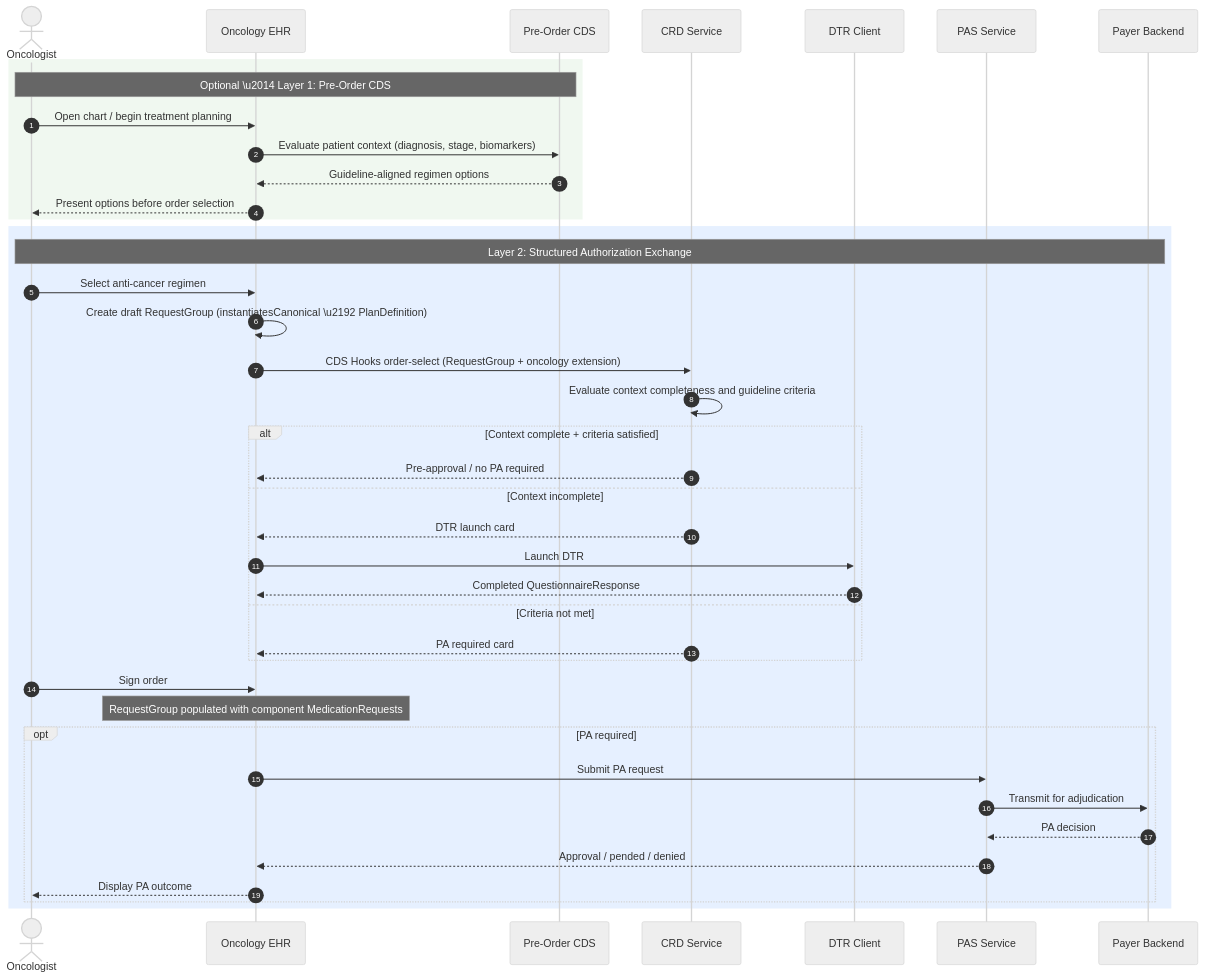
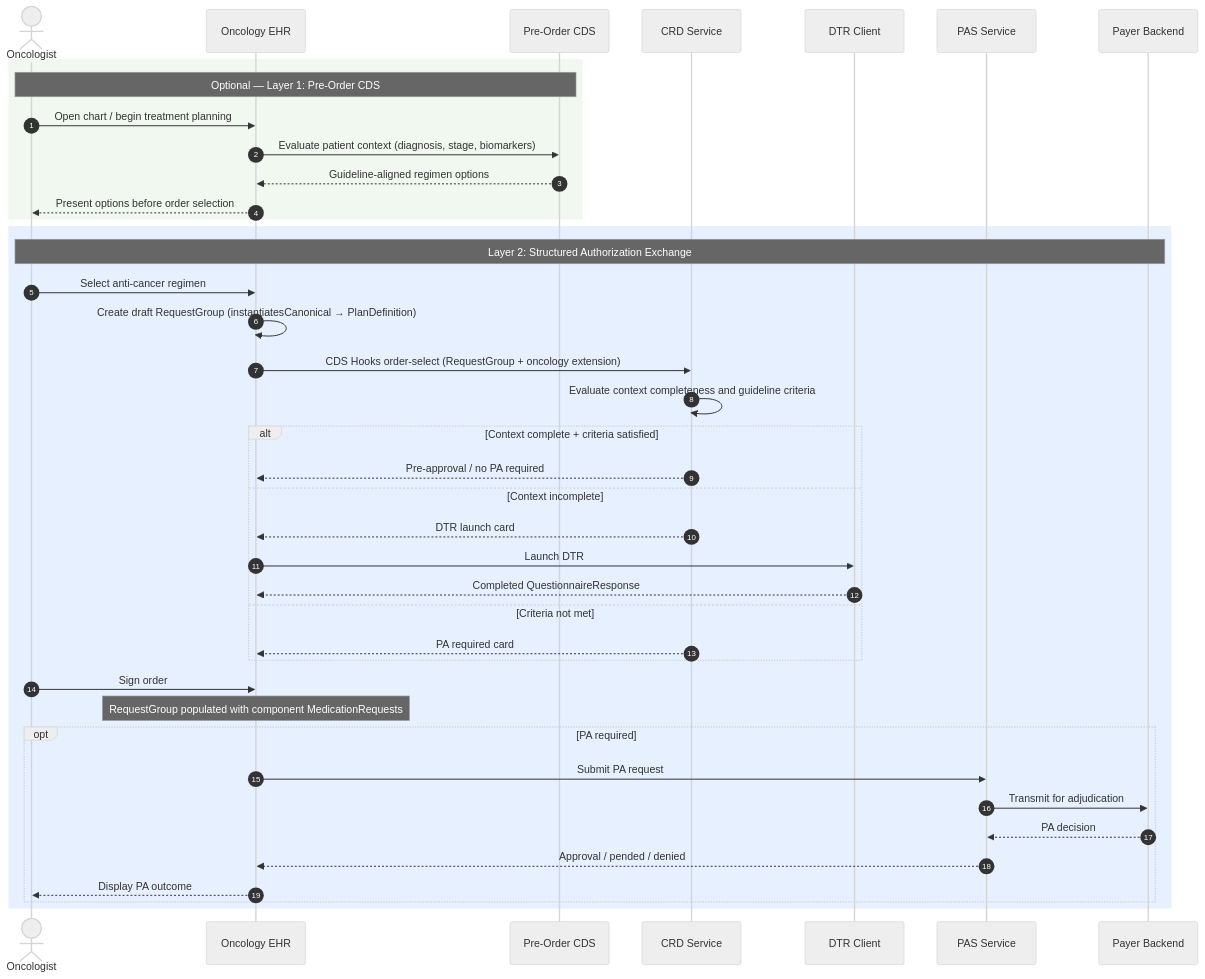
The second of 2 diagrams in input/pagecontent/use-cases.md (reason-healthcare/hl7-codex-ocpa), drawn with Mermaid (neutral theme) before and after one commit. The commit also changed 1 other file, not shown here.

Commit message:
fix: replace unicode escape sequences with literal characters in diagrams
\u2014 (em dash) and \u2192 (right arrow) were rendering as literal
escape sequences inside Mermaid diagram labels. Replaced with the
actual UTF-8 characters — and → in use-cases.md and
cds-hooks-extension.md.

````diff
--- a/input/pagecontent/use-cases.md
+++ b/input/pagecontent/use-cases.md
@@ -105,49 +105,49 @@
 ```mermaid
 %%{init: {'sequence': {'htmlLabels': false}}}%%
 sequenceDiagram
   autonumber
   actor Oncologist
   participant EHR as Oncology EHR
   participant CDS as Pre-Order CDS
   participant CRD as CRD Service
   participant DTR as DTR Client
   participant PAS as PAS Service
   participant Payer as Payer Backend
 
   rect rgb(240, 248, 240)
-    Note over Oncologist,CDS: Optional \u2014 Layer 1: Pre-Order CDS
+    Note over Oncologist,CDS: Optional — Layer 1: Pre-Order CDS
     Oncologist->>EHR: Open chart / begin treatment planning
     EHR->>CDS: Evaluate patient context (diagnosis, stage, biomarkers)
     CDS-->>EHR: Guideline-aligned regimen options
     EHR-->>Oncologist: Present options before order selection
   end
 
   rect rgb(230, 240, 255)
     Note over Oncologist,Payer: Layer 2: Structured Authorization Exchange
     Oncologist->>EHR: Select anti-cancer regimen
-    EHR->>EHR: Create draft RequestGroup (instantiatesCanonical \u2192 PlanDefinition)
+    EHR->>EHR: Create draft RequestGroup (instantiatesCanonical → PlanDefinition)
     EHR->>CRD: CDS Hooks order-select (RequestGroup + oncology extension)
     CRD->>CRD: Evaluate context completeness and guideline criteria
 
     alt Context complete + criteria satisfied
       CRD-->>EHR: Pre-approval / no PA required
     else Context incomplete
       CRD-->>EHR: DTR launch card
       EHR->>DTR: Launch DTR
       DTR-->>EHR: Completed QuestionnaireResponse
     else Criteria not met
       CRD-->>EHR: PA required card
     end
 
     Oncologist->>EHR: Sign order
     Note over EHR: RequestGroup populated with component MedicationRequests
 
     opt PA required
       EHR->>PAS: Submit PA request
       PAS->>Payer: Transmit for adjudication
       Payer-->>PAS: PA decision
       PAS-->>EHR: Approval / pended / denied
       EHR-->>Oncologist: Display PA outcome
     end
   end
 ```
````
